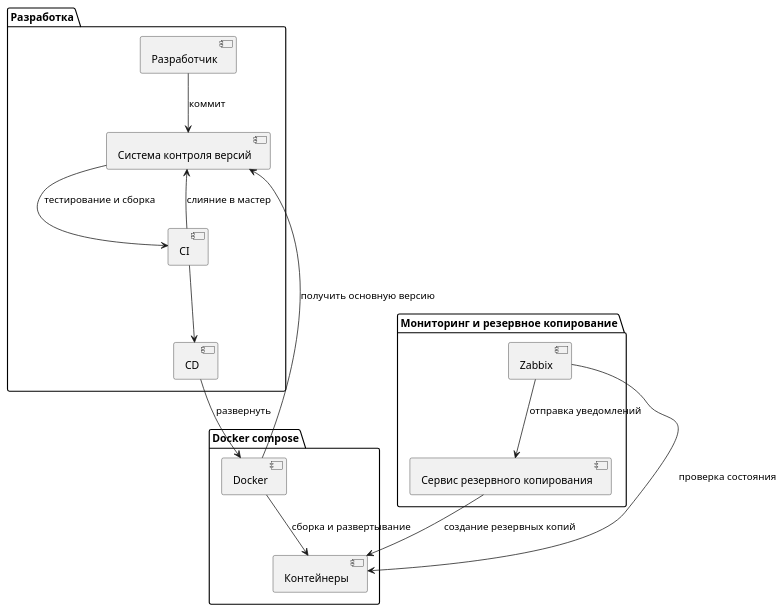
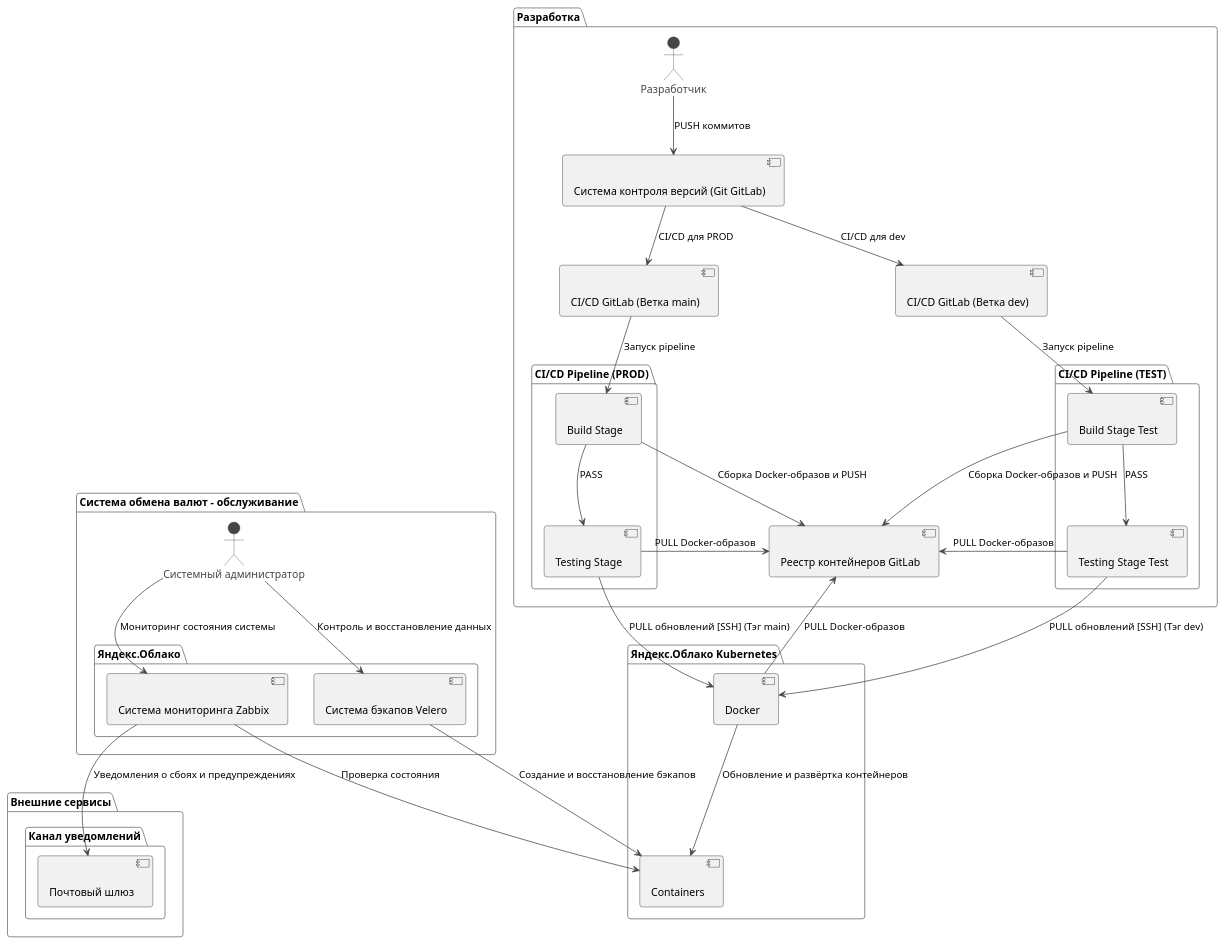
One commit to SmirnovR2003/PPO changed the diagram in 2. Технический проект/maintanence.puml. Above: the diagram before and after it, drawn with PlantUML. The commit also changed 6 other files, not shown here.

Commit message:
доработки C4 и диаграмм  infrastucture и maintanence

```diff
--- a/2. Технический проект/maintanence.puml
+++ b/2. Технический проект/maintanence.puml
@@ -1,35 +1,63 @@
-@startuml Система обмена валют. Обслуживание
+@startuml
+!theme vibrant
 
-'left to right direction	
-top to bottom direction
-
-package "Разработка" {
-    [Разработчик]
-    [Система контроля версий]
-    [Разработчик] --> [Система контроля версий]: "коммит" 
-
-    [CI]
-    [Система контроля версий] --> [CI]: "тестирование и сборка"
-
-    [CD]
-    [CI] --> [CD]
-    [CI] --> [Система контроля версий]: "слияние в мастер"
+package "Яндекс.Облако Kubernetes" as k8s {
+  [Docker] as docker << (C, #FFAAAA) >>
+  [Containers] as containers << (C, #FFAAAA) >>
 }
 
-package "Docker compose" {  
-    [Docker]
-    [Контейнеры] 
-}
-[Docker] --> [Система контроля версий]: "получить основную версию"
-[Docker] --> [Контейнеры]: "сборка и развертывание" 
-[CD] --> [Docker]: "развернуть" 
-
-package "Мониторинг и резервное копирование" {
-    [Zabbix]
-    [Zabbix] --> [Контейнеры]: "проверка состояния" 
-    [Zabbix] --> [Сервис резервного копирования]: "отправка уведомлений" 
-    [Сервис резервного копирования]
-    [Сервис резервного копирования] --> [Контейнеры]: "создание резервных копий" 
+package "Система обмена валют - обслуживание" as maintenance {
+    actor "Системный администратор" as sys_admin
+    package "Яндекс.Облако" as cloud {
+      [Система мониторинга Zabbix] as monitoring_service << (C, #FFAAAA) >>
+      [Система бэкапов Velero] as backup_service << (C, #FFAAAA) >>
+    }
 }
 
+package "Внешние сервисы" as outer_services {
+    package "Канал уведомлений" as notifications {
+        [Почтовый шлюз] as email_service << (C, #FFAAAA) >>
+    }
+}
+
+package "Разработка" as development {
+    actor "Разработчик" as developer
+    [Система контроля версий (Git GitLab)] as vcs << (C, #FFAAAA) >>
+    [CI/CD GitLab (Ветка main)] as cicd << (C, #FFAAAA) >>
+    [CI/CD GitLab (Ветка dev)] as cicdtest << (C, #FFAAAA) >>
+    
+    package "CI/CD Pipeline (PROD)" as build {
+      [Build Stage] as buildstage << (C, #FFAAAA) >>
+      [Testing Stage] as testingstage << (C, #FFAAAA) >>
+    }
+
+    package "CI/CD Pipeline (TEST)" as buildtest {
+      [Build Stage Test] as buildstagetest << (C, #FFAAAA) >>
+      [Testing Stage Test] as testingstagetest << (C, #FFAAAA) >>
+    }
+
+    [Реестр контейнеров GitLab] as containeregistry << (C, #FFAAAA) >>
+}
+
+sys_admin --> monitoring_service : "Мониторинг состояния системы"
+sys_admin --> backup_service : "Контроль и восстановление данных"
+monitoring_service --> email_service : "Уведомления о сбоях и предупреждениях"
+developer --> vcs : "PUSH коммитов"
+vcs --> cicd : "CI/CD для PROD"
+vcs --> cicdtest : "CI/CD для dev"
+cicd --> buildstage : "Запуск pipeline"
+cicdtest --> buildstagetest : "Запуск pipeline"
+buildstage --> containeregistry : "Сборка Docker-образов и PUSH"
+buildstagetest --> containeregistry : "Сборка Docker-образов и PUSH"
+containeregistry <-- testingstage : "PULL Docker-образов"
+containeregistry <-- testingstagetest : "PULL Docker-образов"
+buildstage --> testingstage : "PASS"
+buildstagetest --> testingstagetest : "PASS"
+testingstage --> docker : "PULL обновлений [SSH] (Тэг main)"
+testingstagetest --> docker : "PULL обновлений [SSH] (Тэг dev)"
+docker --> containeregistry : "PULL Docker-образов"
+docker --> containers : "Обновление и развёртка контейнеров"
+monitoring_service --> containers : "Проверка состояния"
+backup_service --> containers : "Создание и восстановление бэкапов"
+
 @enduml
```
